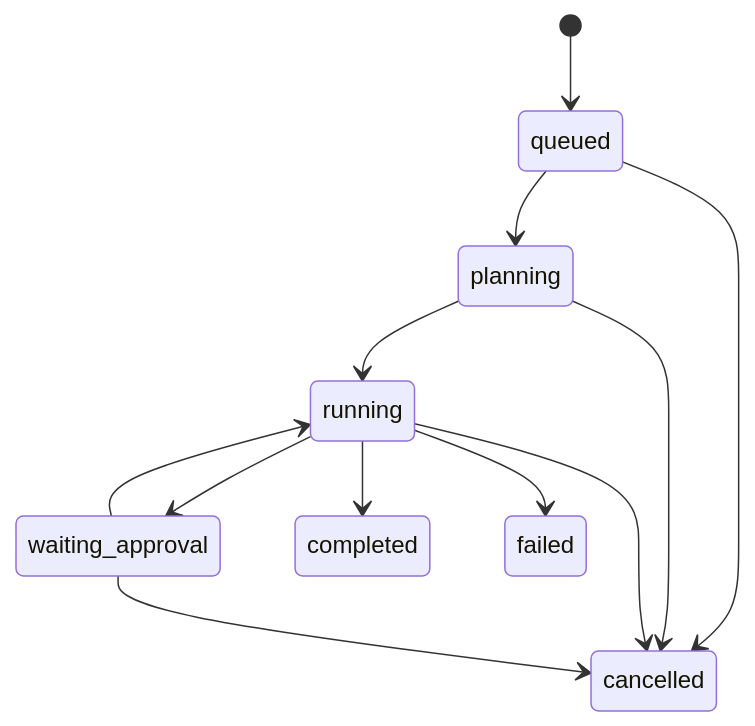
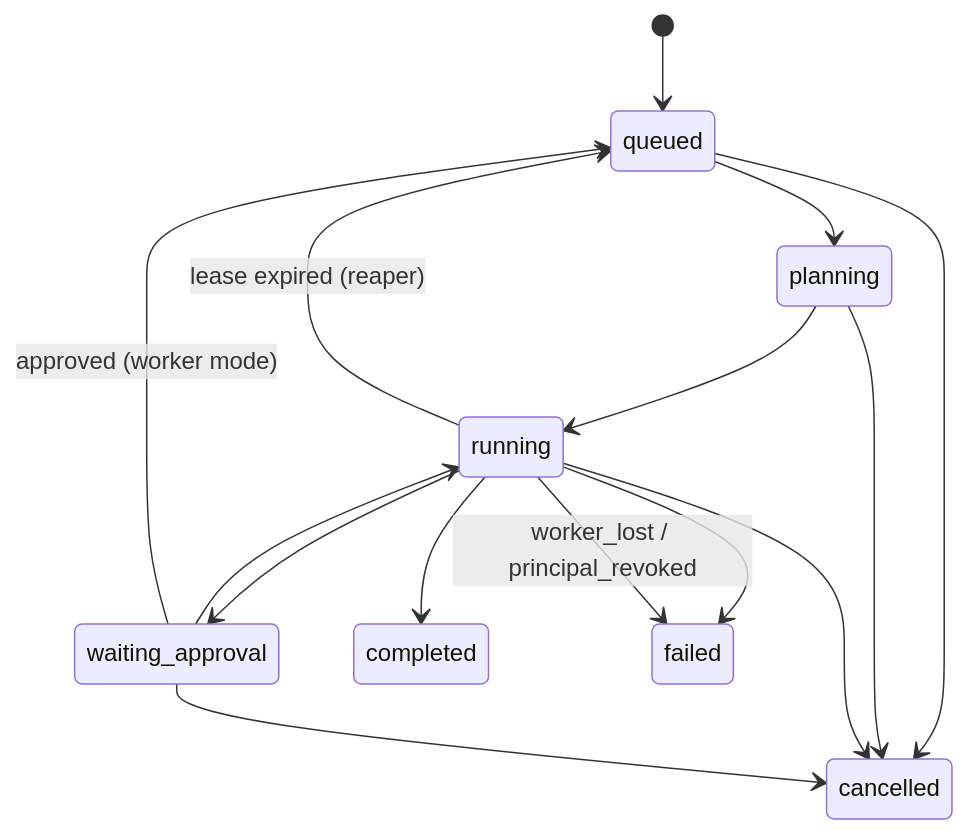
One commit to meghrazchi/rudix changed the second of 2 diagrams in docs/13_AGENTIC_ARCHITECTURE_AND_CAPABILITY_MODEL.md. Above: the diagram before and after it, drawn with Mermaid. The commit also changed other lines of this file and 6 other files, not shown here.

Commit message:
docs: agent worker execution, approval resume, run stream, and runbook (R06-13)

````diff
--- a/docs/13_AGENTIC_ARCHITECTURE_AND_CAPABILITY_MODEL.md
+++ b/docs/13_AGENTIC_ARCHITECTURE_AND_CAPABILITY_MODEL.md
@@ -100,14 +100,17 @@
 ```mermaid
 stateDiagram-v2
   [*] --> queued
   queued --> planning
   planning --> running
   running --> waiting_approval
   waiting_approval --> running
   running --> completed
   running --> failed
   queued --> cancelled
   planning --> cancelled
   running --> cancelled
   waiting_approval --> cancelled
+  waiting_approval --> queued: approved (worker mode)
+  running --> queued: lease expired (reaper)
+  running --> failed: worker_lost / principal_revoked
 ```
````
